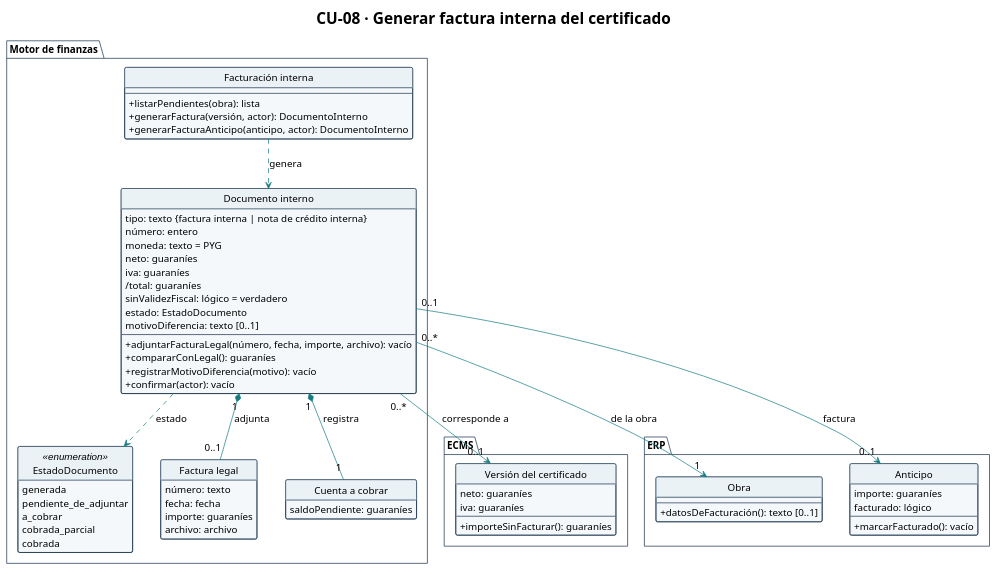
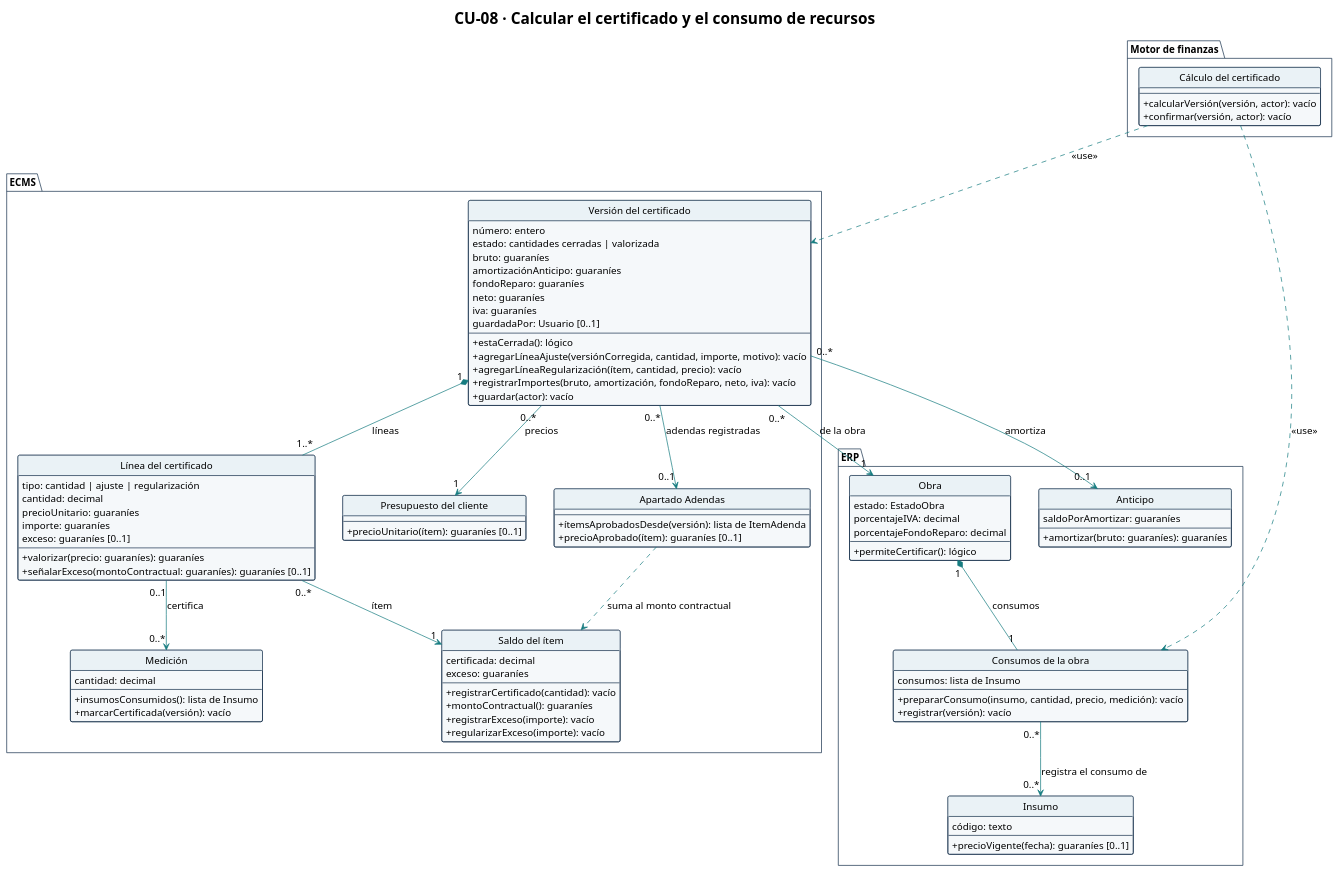
The diagram in diagramas/CU-08-clases.puml (Ssrrb/tpf-uca), drawn with PlantUML before and after one commit. The commit also changed 51 other files, not shown here.

First line of the commit message:
Renumera los diagramas de CU 1 al 16 en orden de dependencia y saca los que salen del MVP

```diff
--- a/diagramas/CU-08-clases.puml
+++ b/diagramas/CU-08-clases.puml
@@ -1,106 +1,136 @@
 @startuml
 !theme plain
 skinparam style strictuml
-title CU-08 · Generar factura interna del certificado
+title CU-08 · Calcular el certificado y el consumo de recursos
 hide circle
 hide empty methods
 hide empty fields
 skinparam shadowing false
 skinparam classAttributeIconSize 0
 skinparam defaultFontName Arial
 skinparam defaultFontSize 14
 skinparam nodesep 40
 skinparam ranksep 50
 skinparam ArrowColor #167C80
 skinparam class {
   BackgroundColor #F5F8FA
   BorderColor #17324D
   HeaderBackgroundColor #EAF2F6
 }
 skinparam package {
   BackgroundColor #FFFFFF
   BorderColor #17324D
 }
 skinparam note {
   BackgroundColor #FFFFFF
   BorderColor #17324D
 }
 package "Motor de finanzas" {
-  class "Facturación interna" as Facturacion {
+  class "Cálculo del certificado" as CalculoCertificado {
     --
-    + listarPendientes(obra): lista
-    + generarFactura(versión, actor): DocumentoInterno
-    + generarFacturaAnticipo(anticipo, actor): DocumentoInterno
-  }
-
-  enum EstadoDocumento <<enumeration>> {
-    generada
-    pendiente_de_adjuntar
-    a_cobrar
-    cobrada_parcial
-    cobrada
-  }
-
-  class "Documento interno" as DocumentoInterno {
-    tipo: texto {factura interna | nota de crédito interna}
-    número: entero
-    moneda: texto = PYG
-    neto: guaraníes
-    iva: guaraníes
-    /total: guaraníes
-    sinValidezFiscal: lógico = verdadero
-    estado: EstadoDocumento
-    motivoDiferencia: texto [0..1]
-    --
-    + adjuntarFacturaLegal(número, fecha, importe, archivo): vacío
-    + compararConLegal(): guaraníes
-    + registrarMotivoDiferencia(motivo): vacío
-    + confirmar(actor): vacío
-  }
-
-
-  class "Factura legal" as FacturaLegal {
-    número: texto
-    fecha: fecha
-    importe: guaraníes
-    archivo: archivo
-  }
-
-  class "Cuenta a cobrar" as CuentaACobrar {
-    saldoPendiente: guaraníes
+    + calcularVersión(versión, actor): vacío
+    + confirmar(versión, actor): vacío
   }
 }
 
 package "ECMS" {
   class "Versión del certificado" as VersionCertificado {
+    número: entero
+    estado: cantidades cerradas | valorizada
+    bruto: guaraníes
+    amortizaciónAnticipo: guaraníes
+    fondoReparo: guaraníes
     neto: guaraníes
     iva: guaraníes
+    guardadaPor: Usuario [0..1]
     --
-    + importeSinFacturar(): guaraníes
+    + estaCerrada(): lógico
+    + agregarLíneaAjuste(versiónCorregida, cantidad, importe, motivo): vacío
+    + agregarLíneaRegularización(ítem, cantidad, precio): vacío
+    + registrarImportes(bruto, amortización, fondoReparo, neto, iva): vacío
+    + guardar(actor): vacío
+  }
+
+  class "Línea del certificado" as LineaCertificado {
+    tipo: cantidad | ajuste | regularización
+    cantidad: decimal
+    precioUnitario: guaraníes
+    importe: guaraníes
+    exceso: guaraníes [0..1]
+    --
+    + valorizar(precio: guaraníes): guaraníes
+    + señalarExceso(montoContractual: guaraníes): guaraníes [0..1]
+  }
+
+  class "Medición" as Medicion {
+    cantidad: decimal
+    --
+    + insumosConsumidos(): lista de Insumo
+    + marcarCertificada(versión): vacío
+  }
+
+  class "Saldo del ítem" as SaldoItem {
+    certificada: decimal
+    exceso: guaraníes
+    --
+    + registrarCertificado(cantidad): vacío
+    + montoContractual(): guaraníes
+    + registrarExceso(importe): vacío
+    + regularizarExceso(importe): vacío
+  }
+
+  class "Presupuesto del cliente" as PresupuestoCliente {
+    --
+    + precioUnitario(ítem): guaraníes [0..1]
+  }
+
+  class "Apartado Adendas" as ApartadoAdendas {
+    --
+    + ítemsAprobadosDesde(versión): lista de ItemAdenda
+    + precioAprobado(ítem): guaraníes [0..1]
   }
 }
 
 package "ERP" {
   class Obra {
+    estado: EstadoObra
+    porcentajeIVA: decimal
+    porcentajeFondoReparo: decimal
     --
-    + datosDeFacturación(): texto [0..1]
+    + permiteCertificar(): lógico
   }
 
   class Anticipo {
-    importe: guaraníes
-    facturado: lógico
+    saldoPorAmortizar: guaraníes
     --
-    + marcarFacturado(): vacío
+    + amortizar(bruto: guaraníes): guaraníes
+  }
+
+  class Insumo {
+    código: texto
+    --
+    + precioVigente(fecha): guaraníes [0..1]
+  }
+
+  class "Consumos de la obra" as ConsumosObra {
+    consumos: lista de Insumo
+    --
+    + prepararConsumo(insumo, cantidad, precio, medición): vacío
+    + registrar(versión): vacío
   }
 }
 
-DocumentoInterno "0..*" --> "0..1" VersionCertificado : corresponde a
-DocumentoInterno "0..1" --> "0..1" Anticipo : factura
-DocumentoInterno "1" *-- "0..1" FacturaLegal : adjunta
-DocumentoInterno "1" *-- "1" CuentaACobrar : registra
-DocumentoInterno "0..*" --> "1" Obra : de la obra
-Facturacion ..> DocumentoInterno : genera
-
-DocumentoInterno ..> EstadoDocumento : estado
+CalculoCertificado ..> VersionCertificado : <<use>>
+CalculoCertificado ..> ConsumosObra : <<use>>
+VersionCertificado "1" *-- "1..*" LineaCertificado : líneas
+LineaCertificado "0..1" --> "0..*" Medicion : certifica
+LineaCertificado "0..*" --> "1" SaldoItem : ítem
+VersionCertificado "0..*" --> "1" PresupuestoCliente : precios
+VersionCertificado "0..*" --> "0..1" ApartadoAdendas : adendas registradas
+ApartadoAdendas ..> SaldoItem : suma al monto contractual
+VersionCertificado "0..*" --> "0..1" Anticipo : amortiza
+VersionCertificado "0..*" --> "1" Obra : de la obra
+Obra "1" *-- "1" ConsumosObra : consumos
+ConsumosObra "0..*" --> "0..*" Insumo : registra el consumo de
 
 @enduml
```
